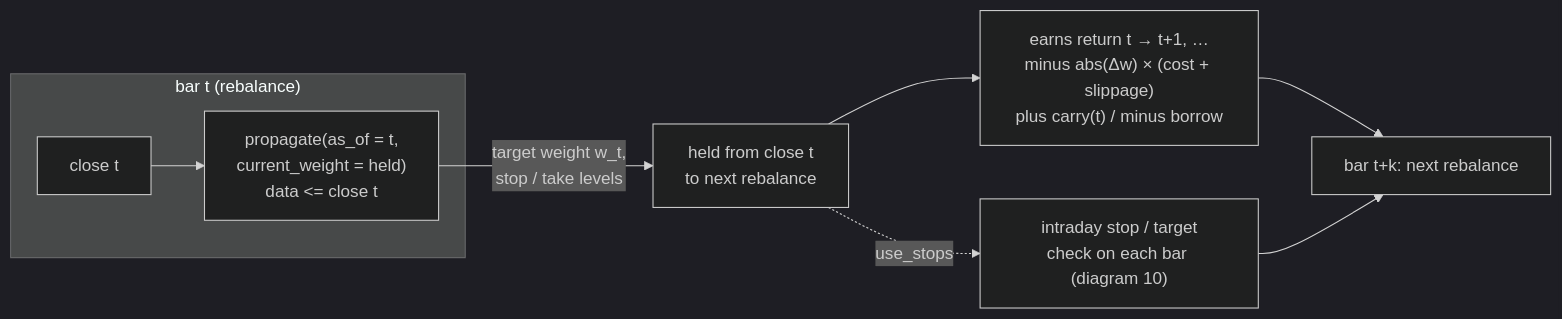
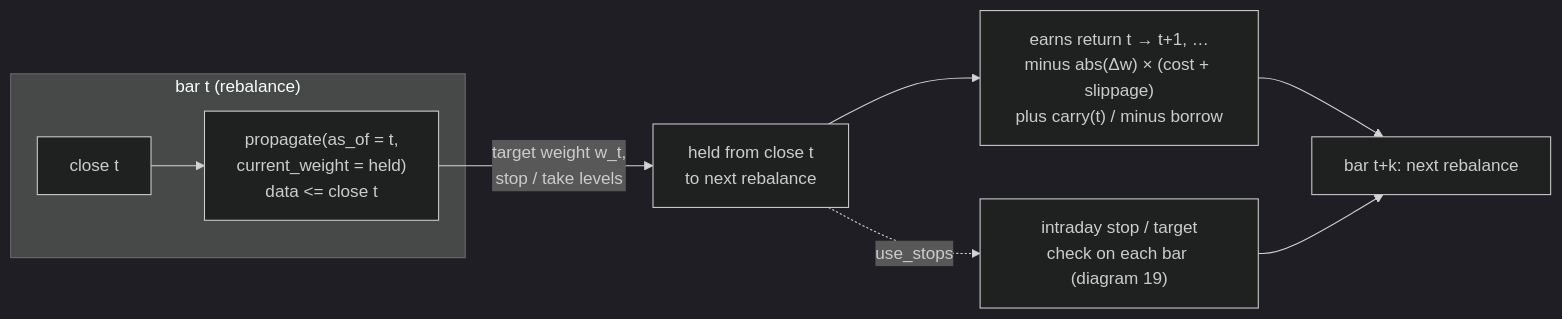
Diagram 18 of 24 in docs/DIAGRAMS.md (AshJha0/agentic-trader), drawn with Mermaid (dark theme) before and after one commit. The commit also changed other lines of this file and 70 other files, not shown here.

````diff
--- a/docs/DIAGRAMS.md
+++ b/docs/DIAGRAMS.md
@@ -260,11 +535,11 @@
 ```mermaid
 flowchart LR
     subgraph t0["bar t (rebalance)"]
         C0[close t] --> DEC["propagate(as_of = t,<br/>current_weight = held)<br/>data <= close t"]
     end
     DEC -->|"target weight w_t,<br/>stop / take levels"| H["held from close t<br/>to next rebalance"]
     H --> R["earns return t → t+1, …<br/>minus abs(Δw) × (cost + slippage)<br/>plus carry(t) / minus borrow"]
-    H -.->|"use_stops"| ST["intraday stop / target<br/>check on each bar (diagram 10)"]
+    H -.->|"use_stops"| ST["intraday stop / target<br/>check on each bar (diagram 19)"]
     R --> N["bar t+k: next rebalance"]
     ST --> N
 ```
````
